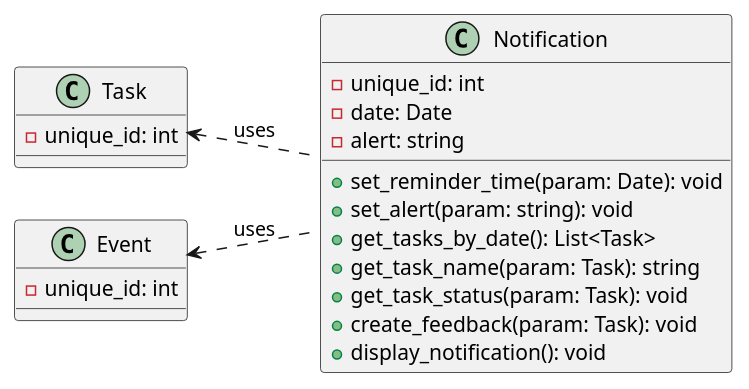
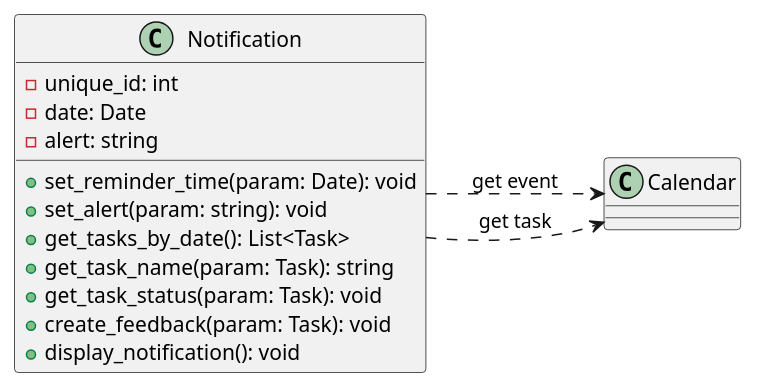
Before and after one commit to CS361-2024Fall-Term/Innovators: the diagram in assignment6/notification.puml, drawn with PlantUML.

Commit message:
Update notification class to reflect class diagram changes

```diff
--- a/assignment6/notification.puml
+++ b/assignment6/notification.puml
@@ -1,31 +1,22 @@
 @startuml
 
 left to right direction
 
 class Notification {
   -unique_id: int  
   -date: Date
   -alert: string
   
   +set_reminder_time(param: Date): void
   +set_alert(param: string): void
   +get_tasks_by_date(): List<Task>
   +get_task_name(param: Task): string
   +get_task_status(param: Task): void
   +create_feedback(param: Task): void
   +display_notification(): void
 }
 
-
-class Task {
-  -unique_id: int
-}
-
-class Event {
-  -unique_id: int
-}
-
-Task <.. Notification: uses
-Event <.. Notification: uses
+Notification ..> Calendar : "get event"
+Notification ..> Calendar : "get task"
 
 @enduml
```
